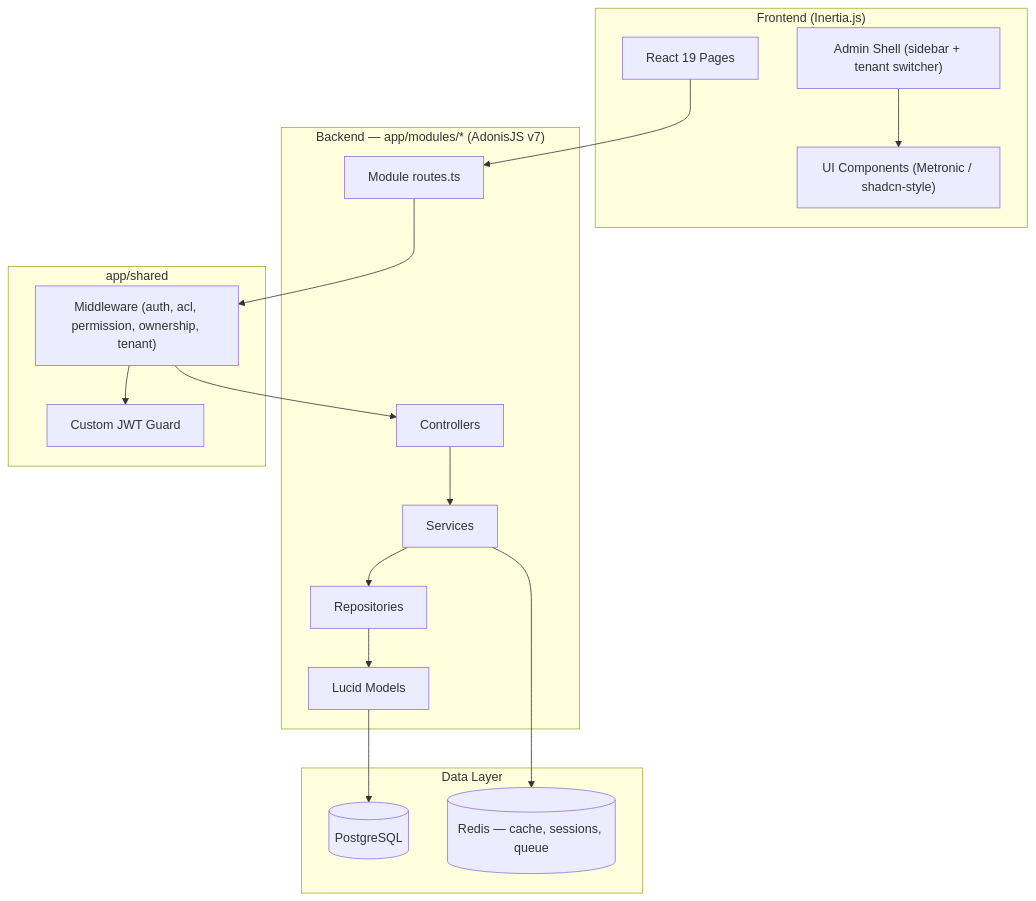
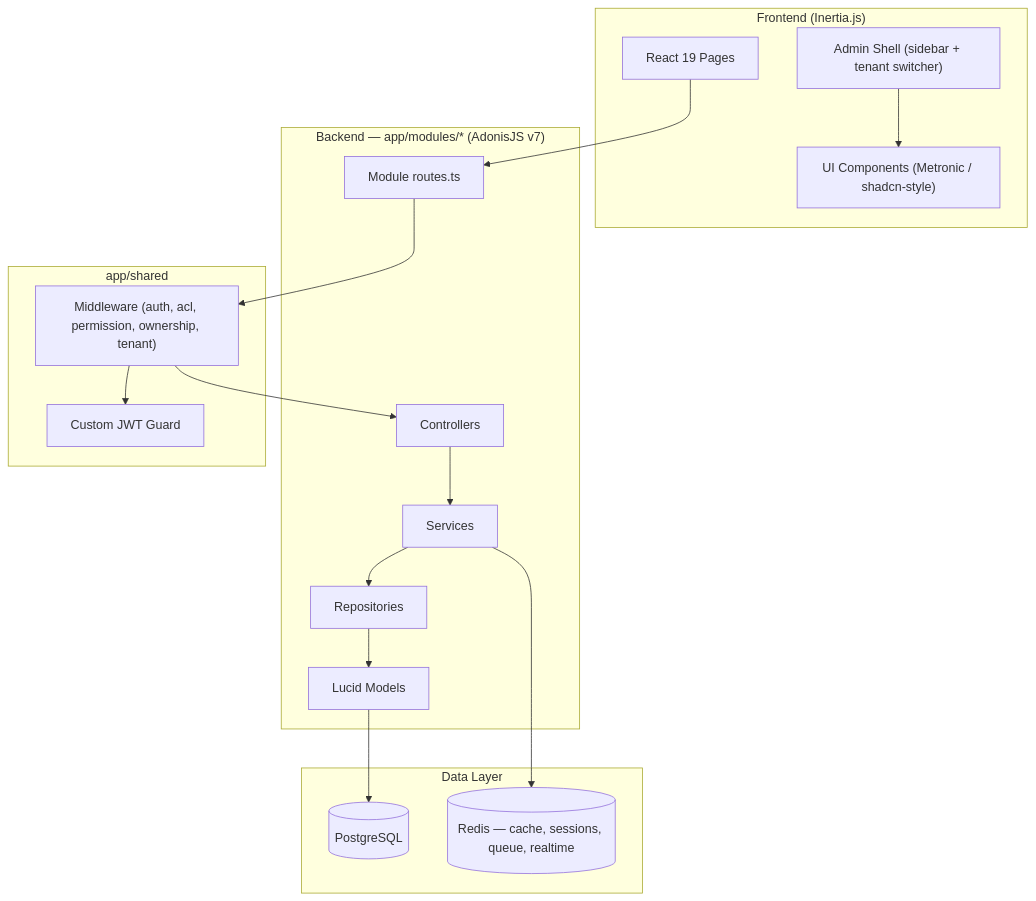
One commit to gabrielmaialva33/benicio changed the diagram in README.md. Above: the diagram before and after it, drawn with Mermaid. The commit also changed other lines of this file and 2 other files, not shown here.

Commit message:
docs: update queue and realtime stack in READMEs and CLAUDE.md

````diff
--- a/README.md
+++ b/README.md
@@ -49,38 +49,38 @@
 ```mermaid
 graph TD
     subgraph "Frontend (Inertia.js)"
         FE_UI[React 19 Pages]
         FE_LAYOUT["Admin Shell (sidebar + tenant switcher)"]
         FE_COMPONENTS["UI Components (Metronic / shadcn-style)"]
     end
 
     subgraph "Backend — app/modules/* (AdonisJS v7)"
         BE_ROUTES["Module routes.ts"]
         BE_CTRL[Controllers]
         BE_SERVICES[Services]
         BE_REPOS[Repositories]
         BE_MODELS[Lucid Models]
     end
 
     subgraph "app/shared"
         SH_MW["Middleware (auth, acl, permission, ownership, tenant)"]
         SH_JWT[Custom JWT Guard]
     end
 
     subgraph "Data Layer"
         DB[(PostgreSQL)]
-        CACHE[(Redis — cache, sessions, queue)]
+        CACHE[(Redis — cache, sessions, queue, realtime)]
     end
 
     FE_UI --> BE_ROUTES
     FE_LAYOUT --> FE_COMPONENTS
     BE_ROUTES --> SH_MW
     SH_MW --> SH_JWT
     SH_MW --> BE_CTRL
     BE_CTRL --> BE_SERVICES
     BE_SERVICES --> BE_REPOS
     BE_REPOS --> BE_MODELS
     BE_MODELS --> DB
 
     BE_SERVICES --> CACHE
 ```
````
